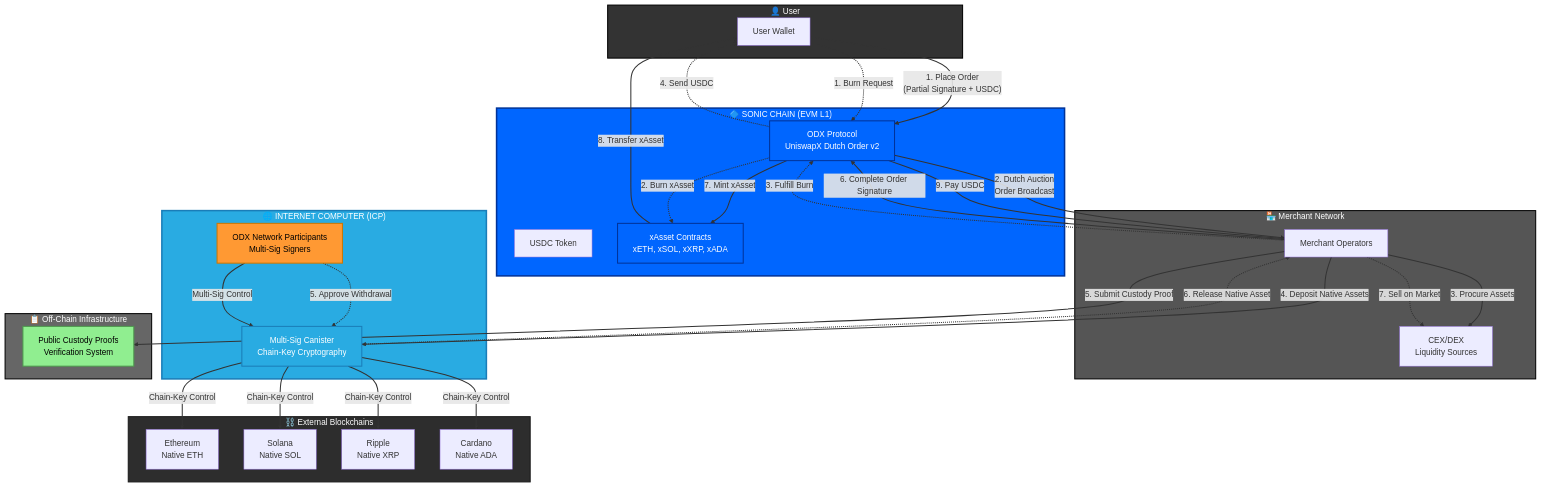
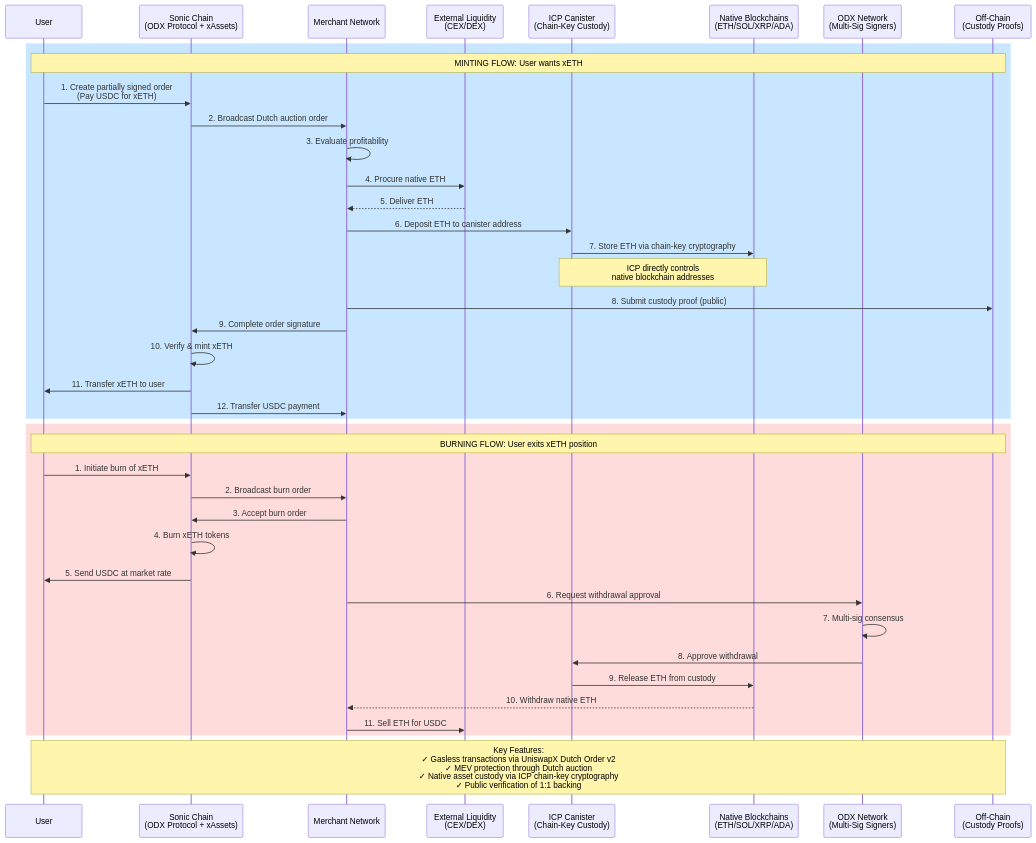
One commit to hwnprsd/ordinox-ecdsa changed the diagram in README.md. Above: the diagram before and after it, drawn with Mermaid.

````diff
--- a/README.md
+++ b/README.md
@@ -53,76 +53,45 @@
 ```mermaid
-graph TB
-    subgraph User["👤 User"]
-        U[User Wallet]
+sequenceDiagram
+    participant User
+    participant Sonic as Sonic Chain<br/>(ODX Protocol + xAssets)
+    participant Merchant as Merchant Network
+    participant CEX as External Liquidity<br/>(CEX/DEX)
+    participant ICP as ICP Canister<br/>(Chain-Key Custody)
+    participant Chains as Native Blockchains<br/>(ETH/SOL/XRP/ADA)
+    participant ODX_Net as ODX Network<br/>(Multi-Sig Signers)
+    participant Proofs as Off-Chain<br/>(Custody Proofs)
+
+    rect rgb(200, 230, 255)
+        Note over User,Proofs: MINTING FLOW: User wants xETH
+        User->>Sonic: 1. Create partially signed order<br/>(Pay USDC for xETH)
+        Sonic->>Merchant: 2. Broadcast Dutch auction order
+        Merchant->>Merchant: 3. Evaluate profitability
+        Merchant->>CEX: 4. Procure native ETH
+        CEX-->>Merchant: 5. Deliver ETH
+        Merchant->>ICP: 6. Deposit ETH to canister address
+        ICP->>Chains: 7. Store ETH via chain-key cryptography
+        Note over ICP,Chains: ICP directly controls<br/>native blockchain addresses
+        Merchant->>Proofs: 8. Submit custody proof (public)
+        Merchant->>Sonic: 9. Complete order signature
+        Sonic->>Sonic: 10. Verify & mint xETH
+        Sonic->>User: 11. Transfer xETH to user
+        Sonic->>Merchant: 12. Transfer USDC payment
     end
-    
-    subgraph Sonic["🔷 SONIC CHAIN (EVM L1)"]
-        USDC[USDC Token]
-        xAssets[xAsset Contracts<br/>xETH, xSOL, xXRP, xADA]
-        ODX_Contract[ODX Protocol<br/>UniswapX Dutch Order v2]
+
+    rect rgb(255, 220, 220)
+        Note over User,Proofs: BURNING FLOW: User exits xETH position
+        User->>Sonic: 1. Initiate burn of xETH
+        Sonic->>Merchant: 2. Broadcast burn order
+        Merchant->>Sonic: 3. Accept burn order
+        Sonic->>Sonic: 4. Burn xETH tokens
+        Sonic->>User: 5. Send USDC at market rate
+        Merchant->>ODX_Net: 6. Request withdrawal approval
+        ODX_Net->>ODX_Net: 7. Multi-sig consensus
+        ODX_Net->>ICP: 8. Approve withdrawal
+        ICP->>Chains: 9. Release ETH from custody
+        Chains-->>Merchant: 10. Withdraw native ETH
+        Merchant->>CEX: 11. Sell ETH for USDC
     end
-    
-    subgraph Merchant["🏪 Merchant Network"]
-        M[Merchant Operators]
-        CEX[CEX/DEX<br/>Liquidity Sources]
-    end
-    
-    subgraph ICP["🌐 INTERNET COMPUTER (ICP)"]
-        Canister[Multi-Sig Canister<br/>Chain-Key Cryptography]
-        ODX_Network[ODX Network Participants<br/>Multi-Sig Signers]
-    end
-    
-    subgraph External["⛓️ External Blockchains"]
-        ETH_Chain[Ethereum<br/>Native ETH]
-        SOL_Chain[Solana<br/>Native SOL]
-        XRP_Chain[Ripple<br/>Native XRP]
-        ADA_Chain[Cardano<br/>Native ADA]
-    end
-    
-    subgraph OffChain["📋 Off-Chain Infrastructure"]
-        Proofs[Public Custody Proofs<br/>Verification System]
-    end
-    
-    %% Minting Flow
-    U -->|"1. Place Order<br/>(Partial Signature + USDC)"| ODX_Contract
-    ODX_Contract -->|"2. Dutch Auction<br/>Order Broadcast"| M
-    M -->|"3. Procure Assets"| CEX
-    M -->|"4. Deposit Native Assets"| Canister
-    
-    Canister -->|"Chain-Key Control"| ETH_Chain
-    Canister -->|"Chain-Key Control"| SOL_Chain
-    Canister -->|"Chain-Key Control"| XRP_Chain
-    Canister -->|"Chain-Key Control"| ADA_Chain
-    
-    M -->|"5. Submit Custody Proof"| Proofs
-    M -->|"6. Complete Order Signature"| ODX_Contract
-    ODX_Contract -->|"7. Mint xAsset"| xAssets
-    xAssets -->|"8. Transfer xAsset"| U
-    ODX_Contract -->|"9. Pay USDC"| M
-    
-    %% Burning Flow (thicker dashed lines)
-    U -.->|"1. Burn Request"| ODX_Contract
-    ODX_Contract -.->|"2. Burn xAsset"| xAssets
-    M -.->|"3. Fulfill Burn"| ODX_Contract
-    ODX_Contract -.->|"4. Send USDC"| U
-    ODX_Network -.->|"5. Approve Withdrawal"| Canister
-    Canister -.->|"6. Release Native Asset"| M
-    M -.->|"7. Sell on Market"| CEX
-    
-    %% Security Layer
-    ODX_Network -->|"Multi-Sig Control"| Canister
-    
-    style Sonic fill:#0066FF,stroke:#003399,stroke-width:3px,color:#fff
-    style ICP fill:#29ABE2,stroke:#1a7db8,stroke-width:3px,color:#fff
-    style Canister fill:#29ABE2,stroke:#1a7db8,stroke-width:2px,color:#fff
-    style ODX_Network fill:#ff9933,stroke:#cc7700,stroke-width:2px,color:#000
-    style External fill:#2d2d2d,stroke:#1a1a1a,stroke-width:2px,color:#fff
-    style ODX_Contract fill:#0066FF,stroke:#003399,stroke-width:2px,color:#fff
-    style xAssets fill:#0066FF,stroke:#003399,stroke-width:2px,color:#fff
-    style Proofs fill:#90EE90,stroke:#4d994d,stroke-width:2px,color:#000
-    style User fill:#333,stroke:#000,stroke-width:2px,color:#fff
-    style Merchant fill:#555,stroke:#000,stroke-width:2px,color:#fff
-    style OffChain fill:#666,stroke:#000,stroke-width:2px,color:#fff
 
-    linkStyle default stroke:#333,stroke-width:2px
+    Note over User,Proofs: Key Features:<br/>✓ Gasless transactions via UniswapX Dutch Order v2<br/>✓ MEV protection through Dutch auction<br/>✓ Native asset custody via ICP chain-key cryptography<br/>✓ Public verification of 1:1 backing
 ```
````
